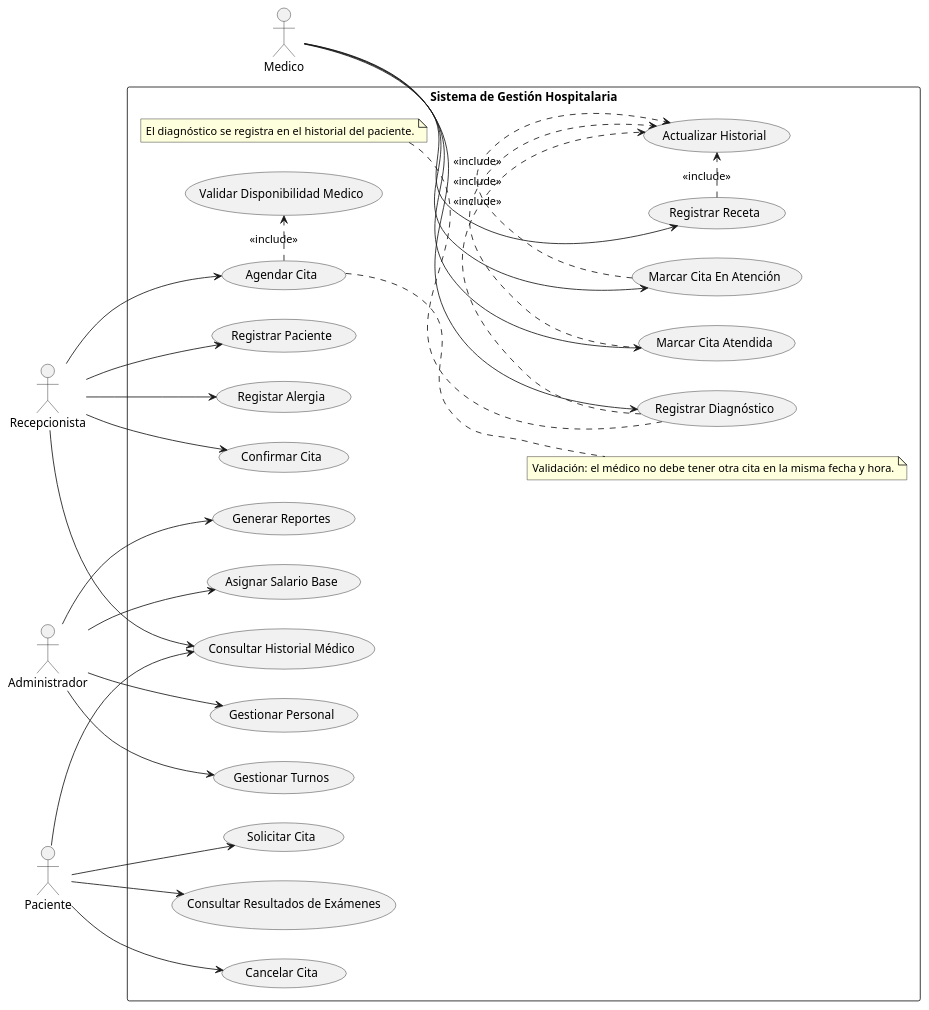
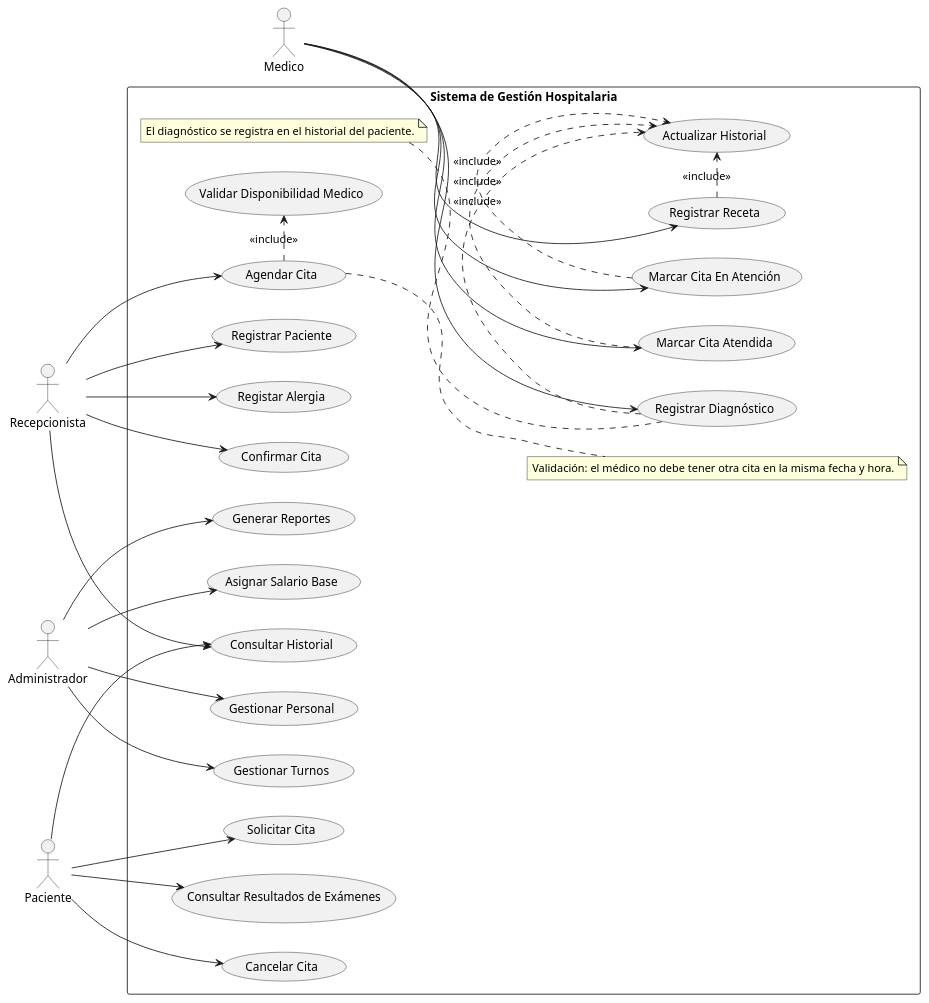
One commit to SamuelHerdz/taller1P2 changed the diagram in docs/casos_uso.puml. Above: the diagram before and after it, drawn with PlantUML.

```diff
--- a/docs/casos_uso.puml
+++ b/docs/casos_uso.puml
@@ -1,41 +1,41 @@
 @startuml CasosDeUso
 left to right direction
 actor Recepcionista
 actor Medico 
 actor Administrador 
 actor Paciente 
 
 rectangle "Sistema de Gestión Hospitalaria" {
     Recepcionista --> (Registrar Paciente)
     Recepcionista --> (Registar Alergia)
-    Recepcionista --> (Consultar Historial Médico)
+    Recepcionista --> (Consultar Historial)
     Recepcionista --> (Agendar Cita)
     Recepcionista --> (Confirmar Cita)
     Medico --> (Registrar Diagnóstico)
     Medico --> (Registrar Receta)
     Medico --> (Marcar Cita En Atención)
     Medico --> (Marcar Cita Atendida)
     Administrador --> (Gestionar Personal)
     Administrador --> (Gestionar Turnos)
     Administrador --> (Generar Reportes)
     Administrador --> (Asignar Salario Base)
     Paciente --> (Solicitar Cita)
     Paciente --> (Consultar Resultados de Exámenes)
-    Paciente --> (Consultar Historial Médico)
+    Paciente --> (Consultar Historial)
     Paciente --> (Cancelar Cita)
     
     (Agendar Cita) .> (Validar Disponibilidad Medico) : <<include>>
     (Registrar Diagnóstico) .> (Actualizar Historial) : <<include>>
     (Registrar Receta) .> (Actualizar Historial) : <<include>>
     (Marcar Cita En Atención) .> (Actualizar Historial) : <<include>>
     (Marcar Cita Atendida) .> (Actualizar Historial) : <<include>>
 
     note right of (Agendar Cita)
       Validación: el médico no debe tener otra cita en la misma fecha y hora.
     end note
 
     note left of (Registrar Diagnóstico)
       El diagnóstico se registra en el historial del paciente.
     end note
 }
 @enduml
```
